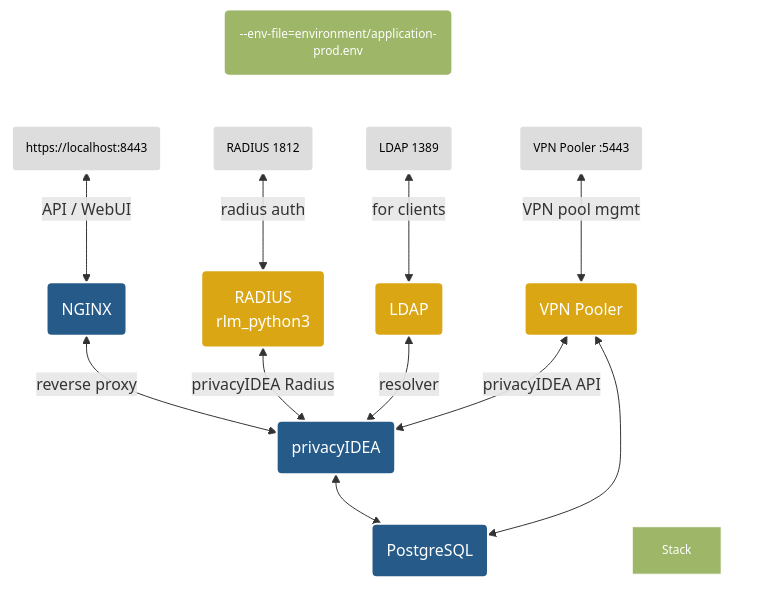
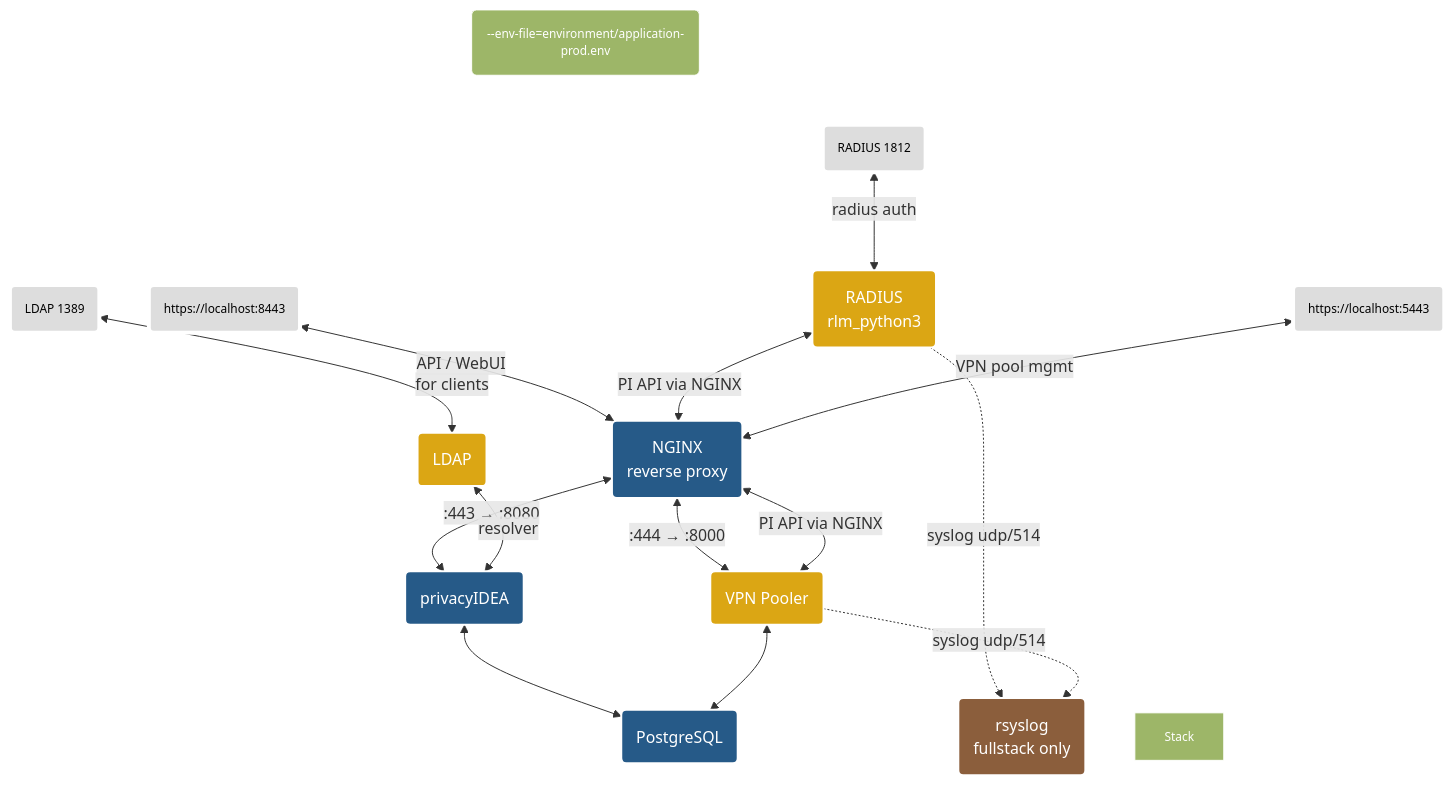
Before and after one commit to ilya-maltsev/privacyidea-docker: the diagram in README.md, drawn with Mermaid. The commit also changed other lines of this file and 4 other files, not shown here.

````diff
--- a/README.md
+++ b/README.md
@@ -176,40 +178,45 @@
 ```mermaid
 graph TD;
   a1("--env-file=environment/application-prod.env");
   w1(https://localhost:8443);
   w2(RADIUS 1812);
   w3(LDAP 1389);
-  w7(VPN Pooler :5443);
+  w7(https://localhost:5443);
   subgraph s1 [ ];
        r1(RADIUS<br/>rlm_python3);
-       n1(NGINX);
+       n1(NGINX<br/>reverse proxy);
        n2(LDAP);
        n3(privacyIDEA);
        n4(PostgreSQL);
        vpn1(VPN Pooler);
+       syslog1(rsyslog<br/>fullstack only);
   st1[Stack];
   end;
   
   a1~~~w1;
   a1~~~w2;
   a1~~~w3;
   a1~~~w7;
 
-  w1<-- API / WebUI -->n1<-- reverse proxy -->n3(privacyIDEA)<-->n4
-  w2<-- radius auth -->r1<-- privacyIDEA Radius -->n3
+  w1<-- API / WebUI -->n1<-- ":443 → :8080" -->n3<-->n4
+  w2<-- radius auth -->r1<-- "PI API via NGINX" -->n1
   w3<-- for clients -->n2<-- resolver -->n3
-  w7<-- VPN pool mgmt -->vpn1<-- privacyIDEA API -->n3
+  w7<-- VPN pool mgmt -->n1<-- ":444 → :8000" -->vpn1<-- "PI API via NGINX" -->n1
   vpn1<-->n4
+  r1-. "syslog udp/514" .->syslog1
+  vpn1-. "syslog udp/514" .->syslog1
 
   classDef plain font-size:12px,fill:#ddd,stroke:#fff,stroke-width:4px,color:#000;
   classDef heading font-size:12px,fill:#9db668,stroke:#fff,stroke-width:1px,color:#fff;
   classDef title font-size:16px,color:#000,background-color:#9db668,stroke:#ffff;
   classDef docker fill:#265a88,stroke:#fff,stroke-width:2px,color:#fff;
   classDef second fill:#dba614,stroke:#fff,stroke-width:2px,color:#fff;
+  classDef logging fill:#8b5e3c,stroke:#fff,stroke-width:2px,color:#fff;
   classDef cluster fill:#fff,stroke:#888,stroke-width:2px,color:#265a88;
   class w1,w2,w3,w7 plain;
   class r1,n2,vpn1 second;
   class n1,n3,n4 docker;
+  class syslog1 logging;
   class s1 title;
   class a1,st1 heading;
 ```
````
